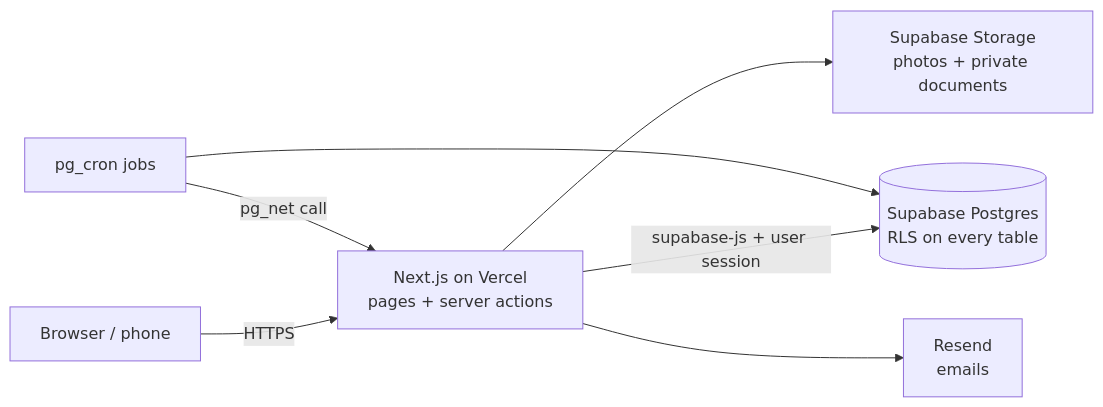
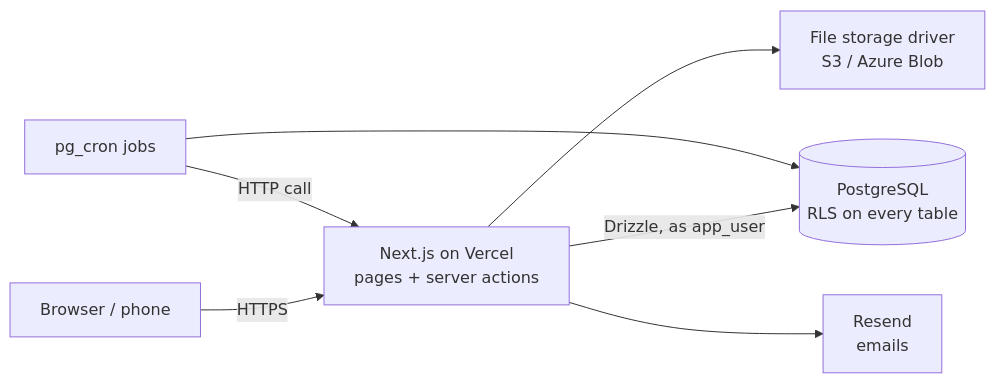
The diagram in docs/implementation-plan.md (icemann3016/my-app), drawn with Mermaid before and after one commit. The commit also changed other lines of this file and 4 other files, not shown here.

````diff
--- a/docs/implementation-plan.md
+++ b/docs/implementation-plan.md
@@ -42,9 +42,9 @@
 ```mermaid
 flowchart LR
   B[Browser / phone] -->|HTTPS| V[Next.js on Vercel<br/>pages + server actions]
-  V -->|supabase-js + user session| DB[(Supabase Postgres<br/>RLS on every table)]
-  V --> ST[Supabase Storage<br/>photos + private documents]
+  V -->|Drizzle, as app_user| DB[(PostgreSQL<br/>RLS on every table)]
+  V --> ST[File storage driver<br/>S3 / Azure Blob]
   V --> RS[Resend<br/>emails]
   CRON[pg_cron jobs] --> DB
-  CRON -->|pg_net call| V
+  CRON -->|HTTP call| V
 ```
````
